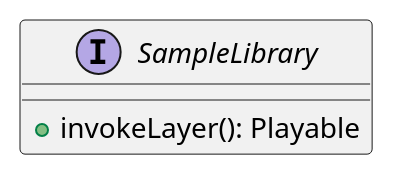
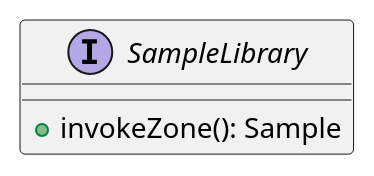
The first of 29 diagrams in app/Documentation/Declarations.puml (tunepruner/FingerPerc), drawn with PlantUML before and after one commit. The commit also changed other lines of this file and 88 other files, not shown here.

```diff
--- a/app/Documentation/Declarations.puml
+++ b/app/Documentation/Declarations.puml
@@ -1,5 +1,5 @@
 @startuml(id=SampleLibrary)
 interface SampleLibrary{
-+invokeLayer(): Playable
++invokeZone(): Sample
 }
 @enduml
```
